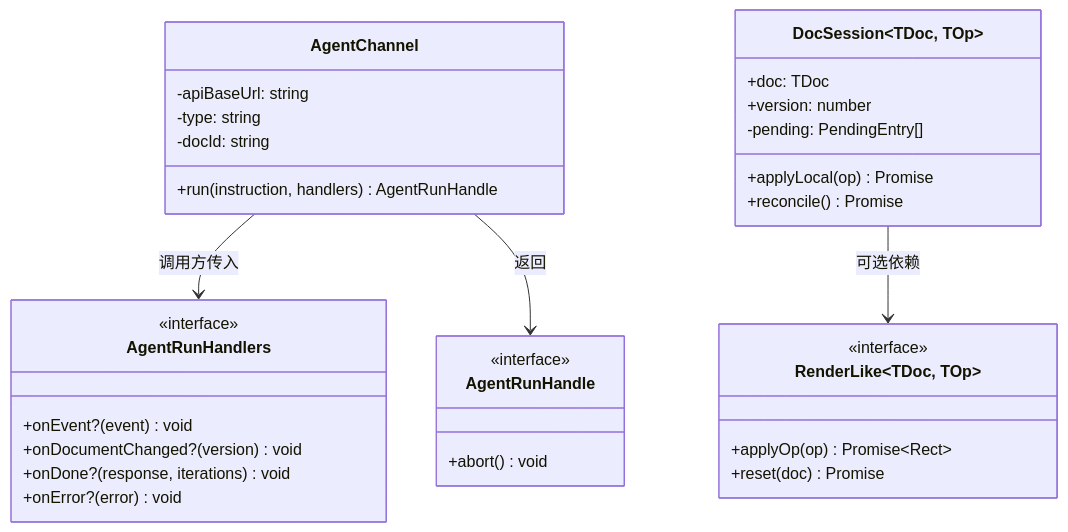
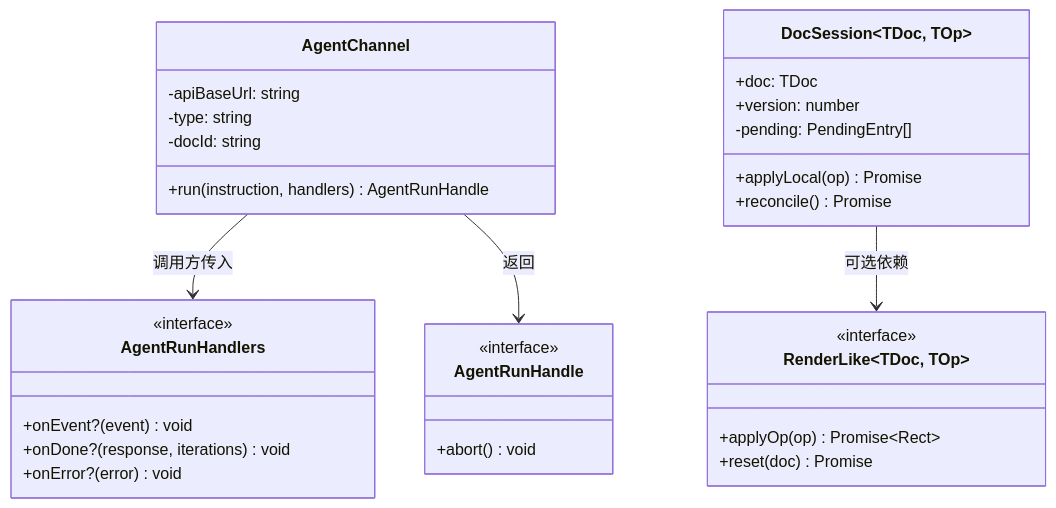
Before and after one commit to shazhou-ww/unidocs: diagram 14 of 15 in docs/superpowers/specs/2026-08-26-agent-sdk-design.md, drawn with Mermaid. The commit also changed other lines of this file, not shown here.

````diff
--- a/docs/superpowers/specs/2026-08-26-agent-sdk-design.md
+++ b/docs/superpowers/specs/2026-08-26-agent-sdk-design.md
@@ -960,40 +987,39 @@
 ```mermaid
 classDiagram
     class AgentChannel {
         -apiBaseUrl: string
         -type: string
         -docId: string
         +run(instruction, handlers) AgentRunHandle
     }
 
     class AgentRunHandlers {
         <<interface>>
         +onEvent?(event) void
-        +onDocumentChanged?(version) void
         +onDone?(response, iterations) void
         +onError?(error) void
     }
 
     class AgentRunHandle {
         <<interface>>
         +abort() void
     }
 
     class DocSession~TDoc, TOp~ {
         +doc: TDoc
         +version: number
         -pending: PendingEntry[]
         +applyLocal(op) Promise
         +reconcile() Promise
     }
 
     class RenderLike~TDoc, TOp~ {
         <<interface>>
         +applyOp(op) Promise~Rect~
         +reset(doc) Promise
     }
 
     AgentChannel --> AgentRunHandlers : 调用方传入
     AgentChannel --> AgentRunHandle : 返回
     DocSession --> RenderLike : 可选依赖
 ```
````
